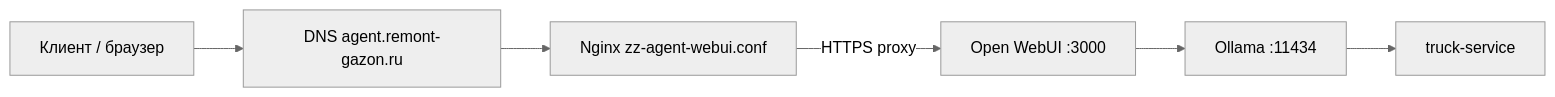
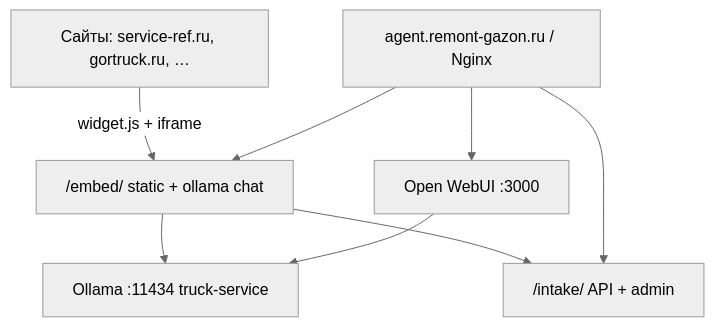
Before and after one commit to rubigruz-creator/AIServer: the diagram in .docs/PROJECT.md, drawn with Mermaid (neutral theme). The commit also changed other lines of this file and 7 other files, not shown here.

Commit message:
docs: sync multisite widget state and add Phase 3 UI agent prompt

````diff
--- a/.docs/PROJECT.md
+++ b/.docs/PROJECT.md
@@ -65,14 +70,17 @@
 ```mermaid
-flowchart LR
-    Client[Клиент / браузер]
-    DNS[DNS agent.remont-gazon.ru]
-    Nginx[Nginx zz-agent-webui.conf]
+flowchart TB
+    Sites[Сайты: service-ref.ru, gortruck.ru, …]
+    Agent[agent.remont-gazon.ru / Nginx]
+    Embed["/embed/ static + ollama chat"]
+    Intake["/intake/ API + admin"]
     WebUI[Open WebUI :3000]
-    Ollama[Ollama :11434]
-    Model[truck-service]
+    Ollama[Ollama :11434 truck-service]
 
-    Client --> DNS --> Nginx
-    Nginx -->|HTTPS proxy| WebUI
+    Sites -->|widget.js + iframe| Embed
+    Embed --> Ollama
+    Embed --> Intake
+    Agent --> Embed
+    Agent --> Intake
+    Agent --> WebUI
     WebUI --> Ollama
-    Ollama --> Model
 ```
````
